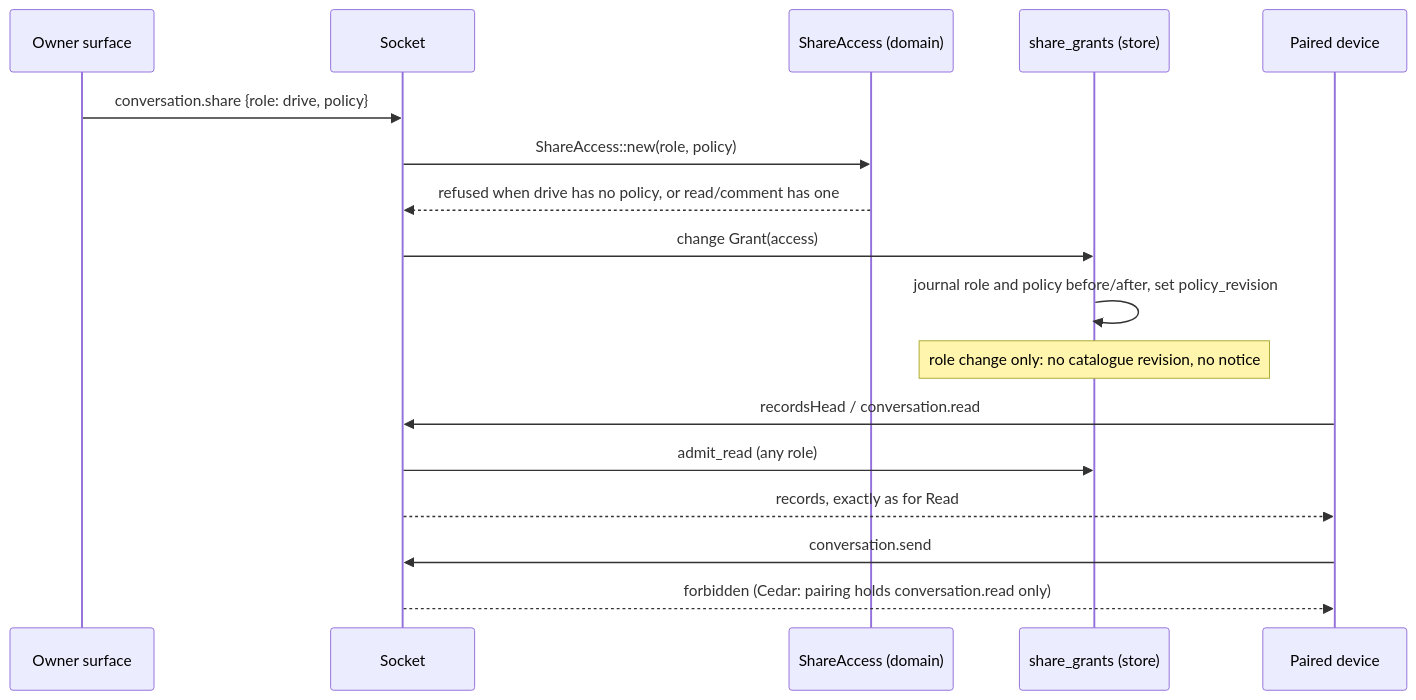
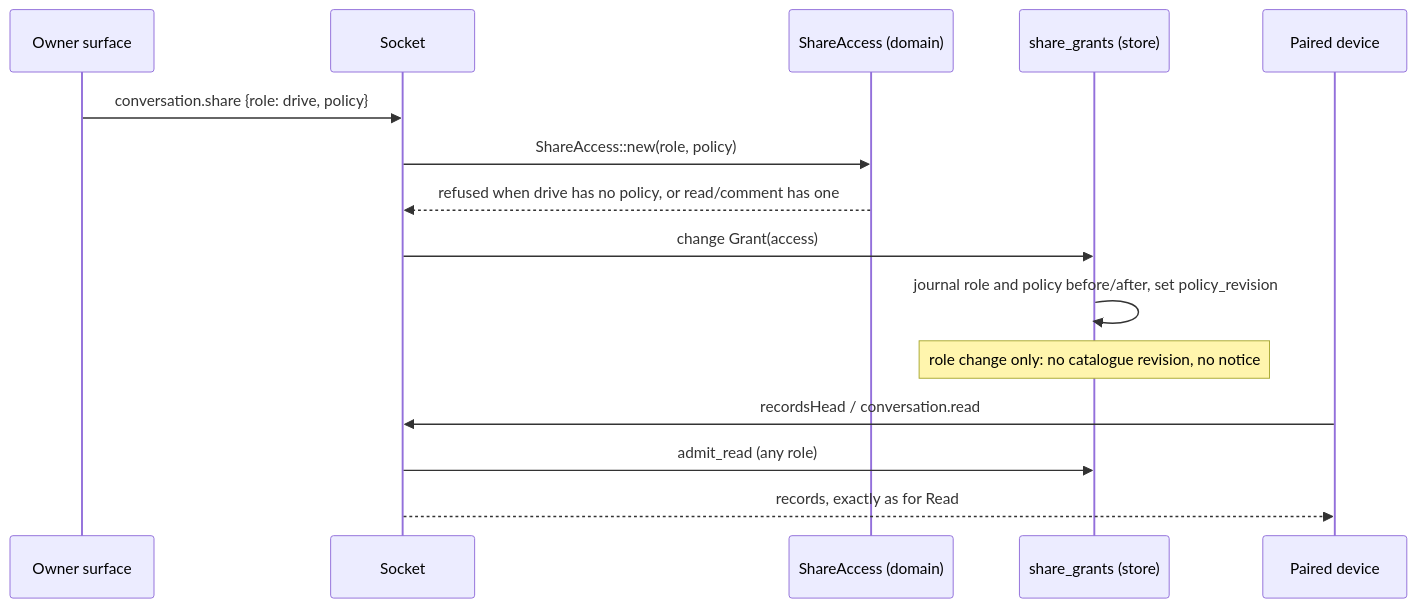
The second of 3 diagrams in docs/design/read-grants.md (nessalabs/nessa-agent), drawn with Mermaid before and after one commit. The commit also changed other lines of this file and 9 other files, not shown here.

````diff
--- a/docs/design/read-grants.md
+++ b/docs/design/read-grants.md
@@ -186,19 +186,17 @@
 ```mermaid
 sequenceDiagram
     participant Owner as Owner surface
     participant Socket
     participant Domain as ShareAccess (domain)
     participant Grants as share_grants (store)
     participant Device as Paired device
     Owner->>Socket: conversation.share {role: drive, policy}
     Socket->>Domain: ShareAccess::new(role, policy)
     Domain-->>Socket: refused when drive has no policy, or read/comment has one
     Socket->>Grants: change Grant(access)
     Grants->>Grants: journal role and policy before/after, set policy_revision
     Note over Grants: role change only: no catalogue revision, no notice
     Device->>Socket: recordsHead / conversation.read
     Socket->>Grants: admit_read (any role)
     Socket-->>Device: records, exactly as for Read
-    Device->>Socket: conversation.send
-    Socket-->>Device: forbidden (Cedar: pairing holds conversation.read only)
 ```
````
